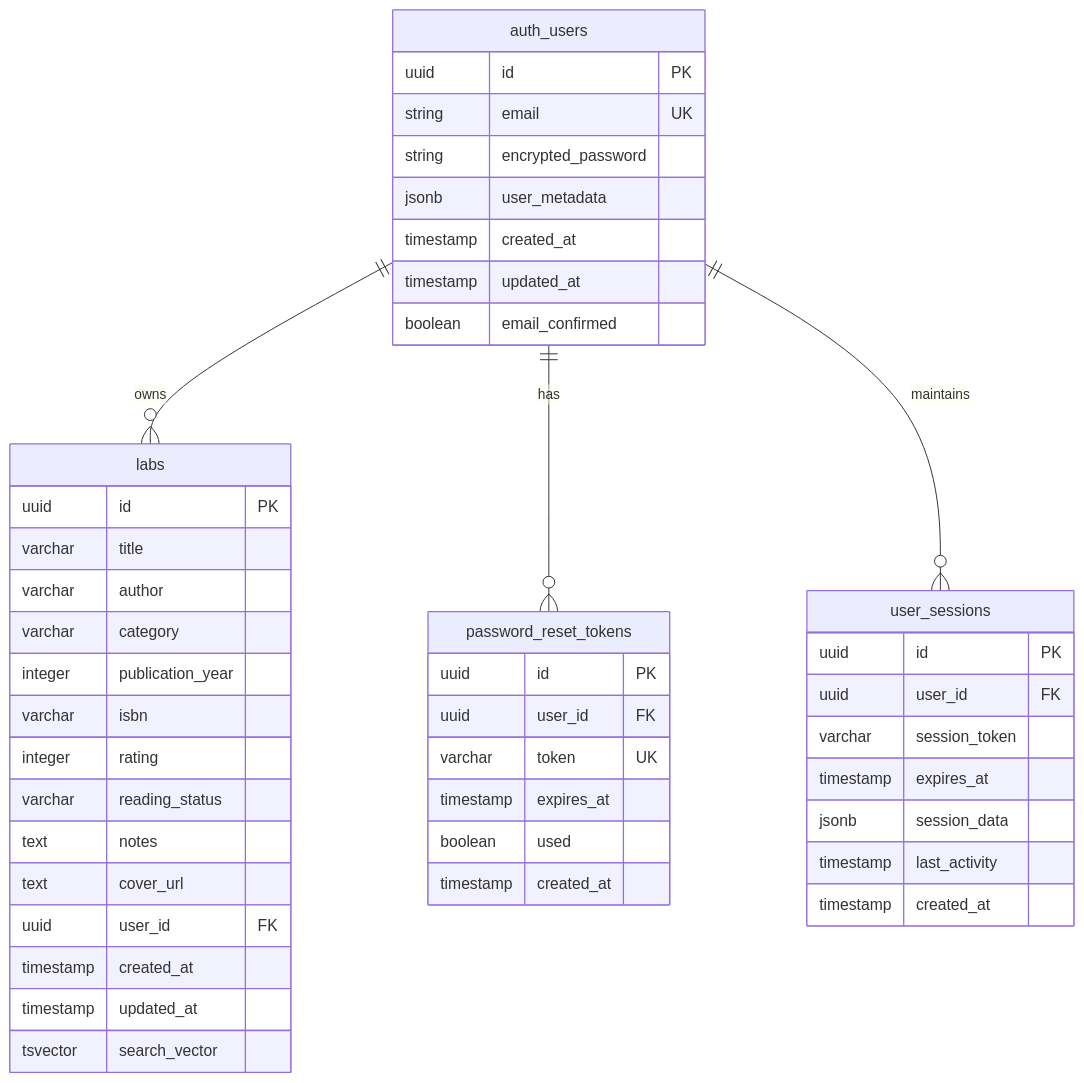
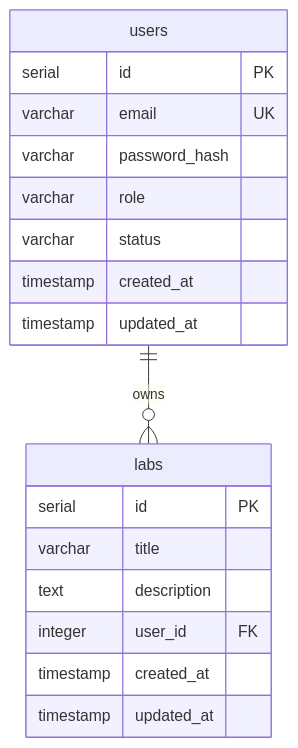
Before and after one commit to Hendrich/script-labs: the diagram in docs/DATABASE_ARCHITECTURE_V2.md, drawn with Mermaid. The commit also changed other lines of this file and 9 other files, not shown here.

````diff
--- a/docs/DATABASE_ARCHITECTURE_V2.md
+++ b/docs/DATABASE_ARCHITECTURE_V2.md
@@ -47,52 +30,23 @@
 ```mermaid
 erDiagram
-    auth_users ||--o{ labs : "owns"
-    auth_users ||--o{ password_reset_tokens : "has"
-    auth_users ||--o{ user_sessions : "maintains"
+    users ||--o{ labs : "owns"
 
-    auth_users {
-        uuid id PK
-        string email UK
-        string encrypted_password
-        jsonb user_metadata
+    users {
+        serial id PK
+        varchar email UK
+        varchar password_hash
+        varchar role
+        varchar status
         timestamp created_at
         timestamp updated_at
-        boolean email_confirmed
     }
 
     labs {
-        uuid id PK
+        serial id PK
         varchar title
-        varchar author
-        varchar category
-        integer publication_year
-        varchar isbn
-        integer rating
-        varchar reading_status
-        text notes
-        text cover_url
-        uuid user_id FK
+        text description
+        integer user_id FK
         timestamp created_at
         timestamp updated_at
-        tsvector search_vector
-    }
-
-    password_reset_tokens {
-        uuid id PK
-        uuid user_id FK
-        varchar token UK
-        timestamp expires_at
-        boolean used
-        timestamp created_at
-    }
-
-    user_sessions {
-        uuid id PK
-        uuid user_id FK
-        varchar session_token
-        timestamp expires_at
-        jsonb session_data
-        timestamp last_activity
-        timestamp created_at
     }
 ```
````
